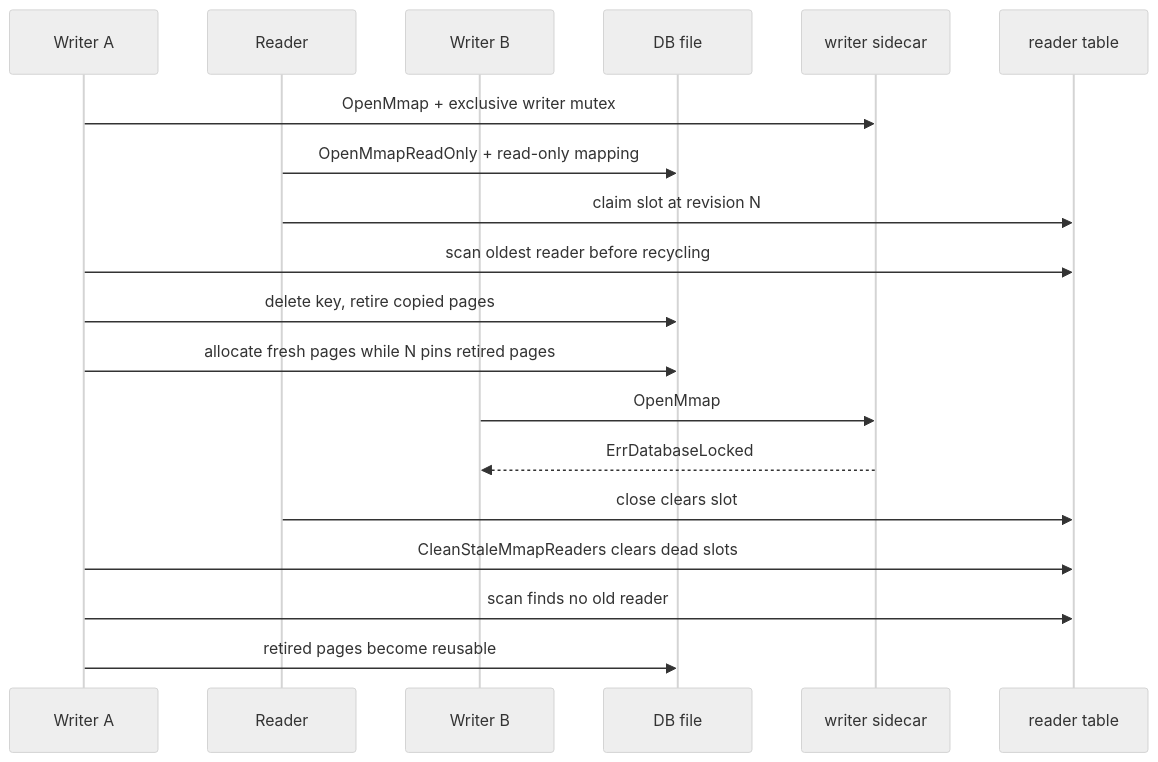
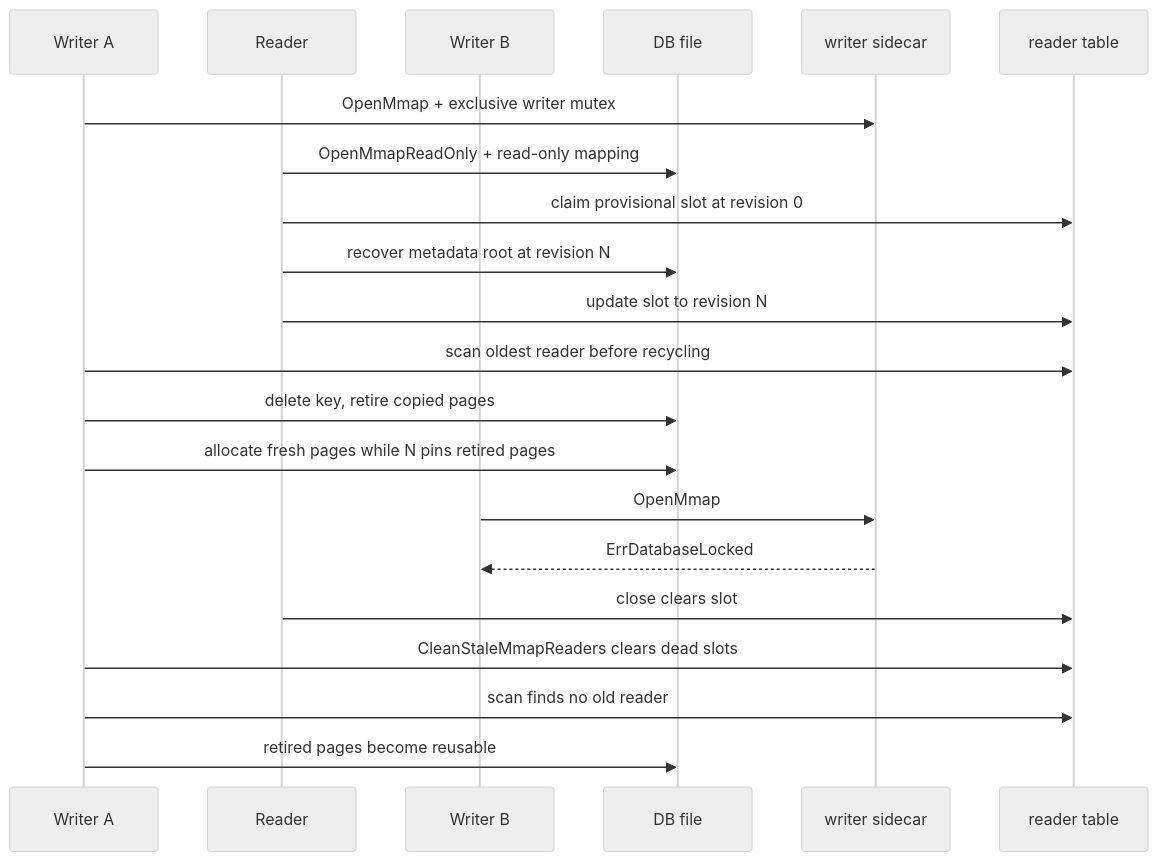
Before and after one commit to hadamrd/cow-btree-course: the fourth of 4 diagrams in docs/08-mmap-backed-pages.md, drawn with Mermaid (neutral theme). The commit also changed other lines of this file and 5 other files, not shown here.

````diff
--- a/docs/08-mmap-backed-pages.md
+++ b/docs/08-mmap-backed-pages.md
@@ -177,21 +177,23 @@
 ```mermaid
 sequenceDiagram
     participant A as Writer A
     participant R as Reader
     participant B as Writer B
     participant F as DB file
     participant L as writer sidecar
     participant T as reader table
     A->>L: OpenMmap + exclusive writer mutex
     R->>F: OpenMmapReadOnly + read-only mapping
-    R->>T: claim slot at revision N
+    R->>T: claim provisional slot at revision 0
+    R->>F: recover metadata root at revision N
+    R->>T: update slot to revision N
     A->>T: scan oldest reader before recycling
     A->>F: delete key, retire copied pages
     A->>F: allocate fresh pages while N pins retired pages
     B->>L: OpenMmap
     L-->>B: ErrDatabaseLocked
     R->>T: close clears slot
     A->>T: CleanStaleMmapReaders clears dead slots
     A->>T: scan finds no old reader
     A->>F: retired pages become reusable
 ```
````
